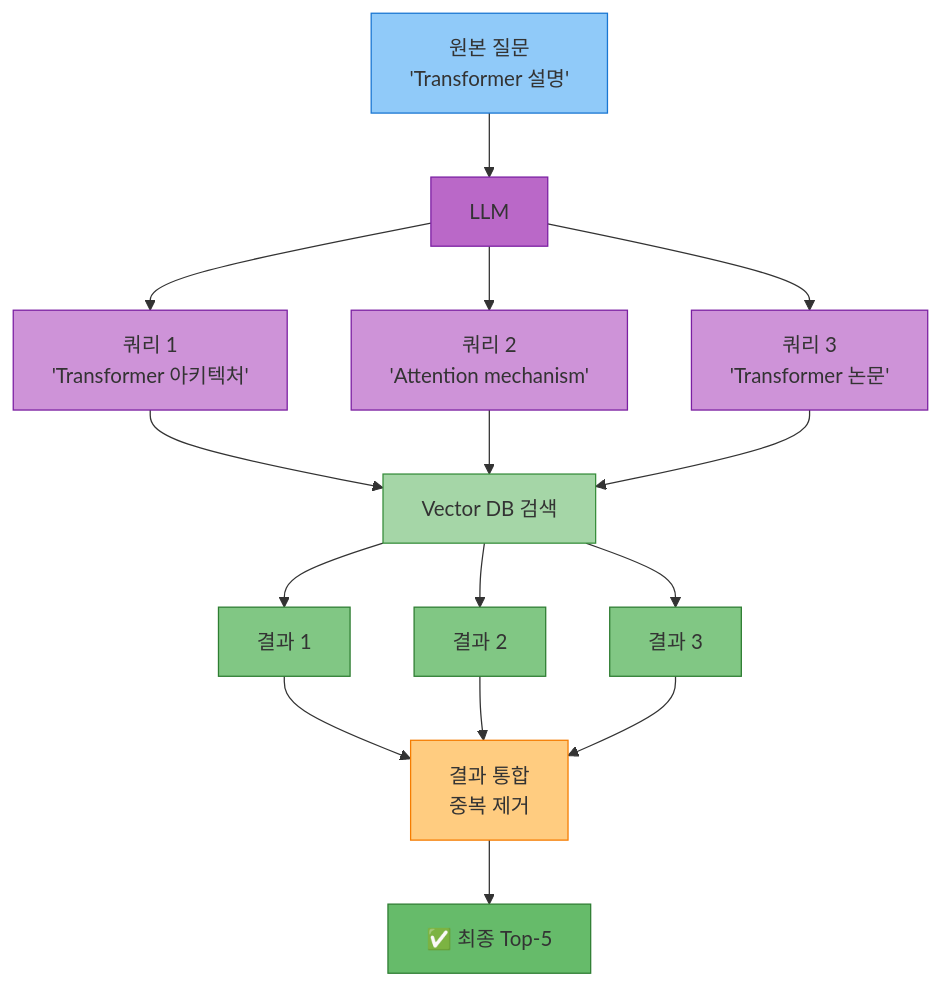
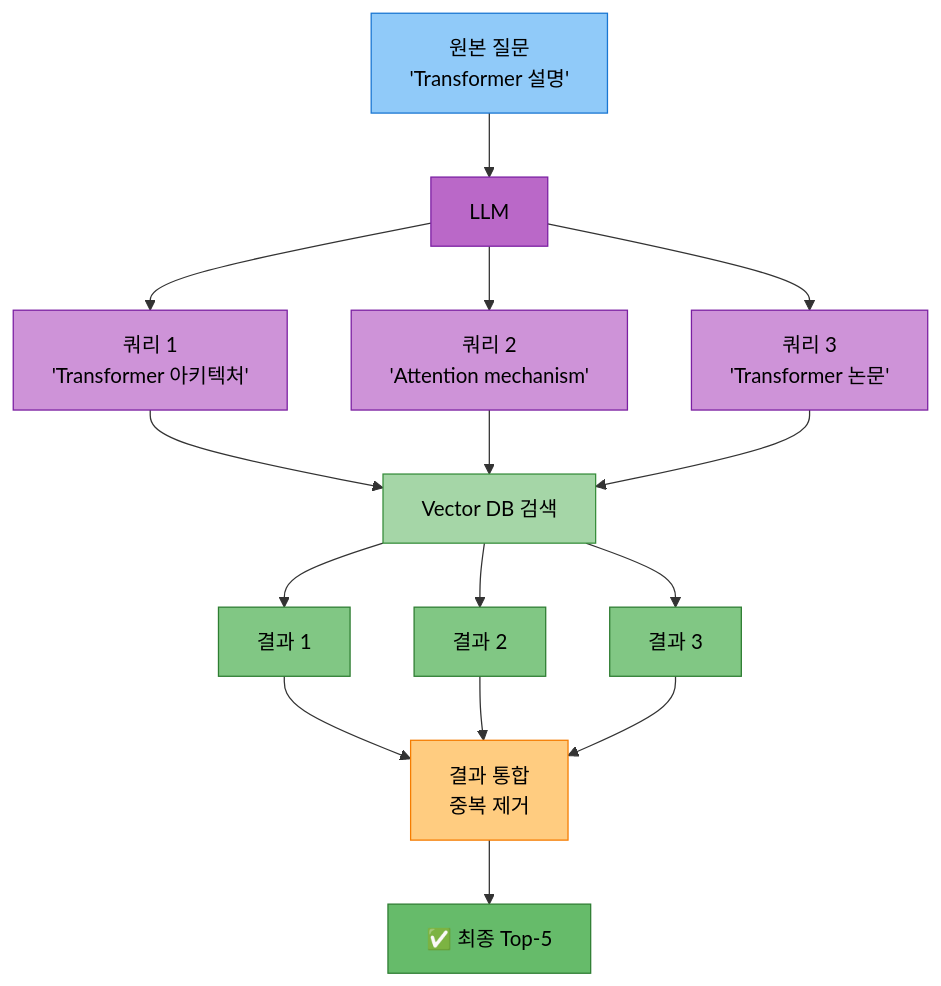
The second of 3 diagrams in docs/roles/담당역할_02_신준엽_RAG_용어집.md (woghd8503/langchainproject-new-langchainproject_5), drawn with Mermaid before and after one commit. The commit also changed other lines of this file and 3 other files, not shown here.

First line of the commit message:
docs: 역할 문서의 mermaid 다이어그램 텍스트 색상을 검정으로 통일

````diff
--- a/docs/roles/담당역할_02_신준엽_RAG_용어집.md
+++ b/docs/roles/담당역할_02_신준엽_RAG_용어집.md
@@ -72,34 +72,34 @@
 ```mermaid
 graph TB
     A[원본 질문<br/>'Transformer 설명'] --> B[LLM]
 
     B --> C1[쿼리 1<br/>'Transformer 아키텍처']
     B --> C2[쿼리 2<br/>'Attention mechanism']
     B --> C3[쿼리 3<br/>'Transformer 논문']
 
     C1 --> D[Vector DB 검색]
     C2 --> D
     C3 --> D
 
     D --> E1[결과 1]
     D --> E2[결과 2]
     D --> E3[결과 3]
 
     E1 --> F[결과 통합<br/>중복 제거]
     E2 --> F
     E3 --> F
 
     F --> G[✅ 최종 Top-5]
 
-    style A fill:#90caf9,stroke:#1976d2
-    style B fill:#ba68c8,stroke:#7b1fa2
-    style C1 fill:#ce93d8,stroke:#7b1fa2
-    style C2 fill:#ce93d8,stroke:#7b1fa2
-    style C3 fill:#ce93d8,stroke:#7b1fa2
-    style D fill:#a5d6a7,stroke:#388e3c
-    style E1 fill:#81c784,stroke:#2e7d32
-    style E2 fill:#81c784,stroke:#2e7d32
-    style E3 fill:#81c784,stroke:#2e7d32
-    style F fill:#ffcc80,stroke:#f57c00
-    style G fill:#66bb6a,stroke:#2e7d32
+    style A fill:#90caf9,stroke:#1976d2,color:#000
+    style B fill:#ba68c8,stroke:#7b1fa2,color:#000
+    style C1 fill:#ce93d8,stroke:#7b1fa2,color:#000
+    style C2 fill:#ce93d8,stroke:#7b1fa2,color:#000
+    style C3 fill:#ce93d8,stroke:#7b1fa2,color:#000
+    style D fill:#a5d6a7,stroke:#388e3c,color:#000
+    style E1 fill:#81c784,stroke:#2e7d32,color:#000
+    style E2 fill:#81c784,stroke:#2e7d32,color:#000
+    style E3 fill:#81c784,stroke:#2e7d32,color:#000
+    style F fill:#ffcc80,stroke:#f57c00,color:#000
+    style G fill:#66bb6a,stroke:#2e7d32,color:#000
 ```
````
